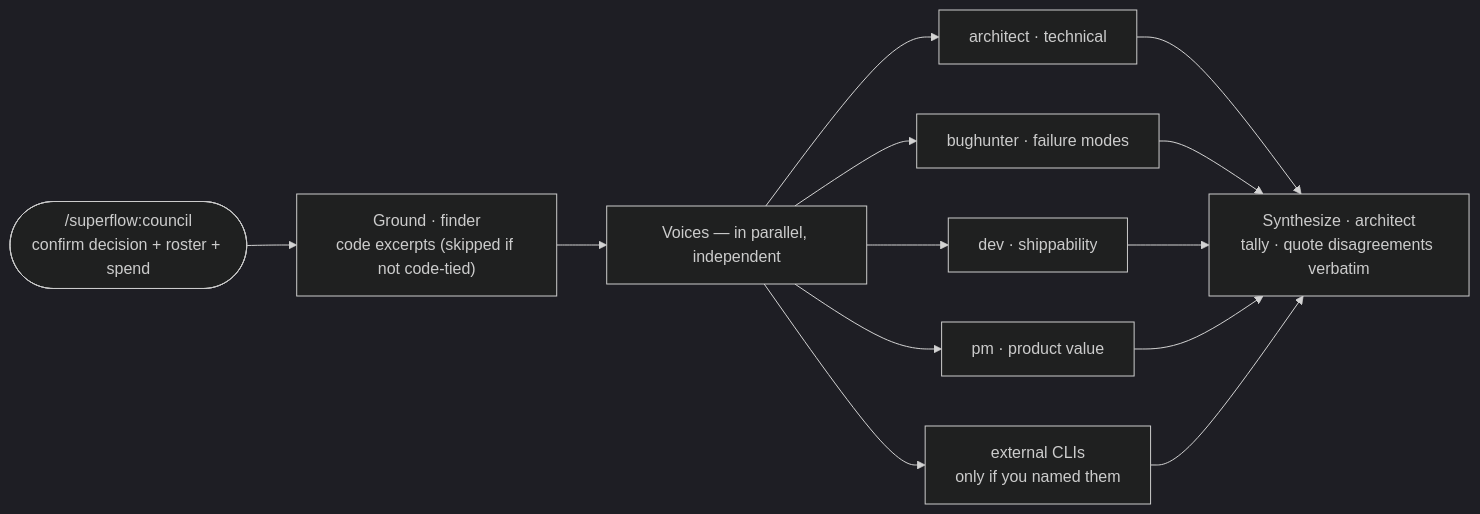
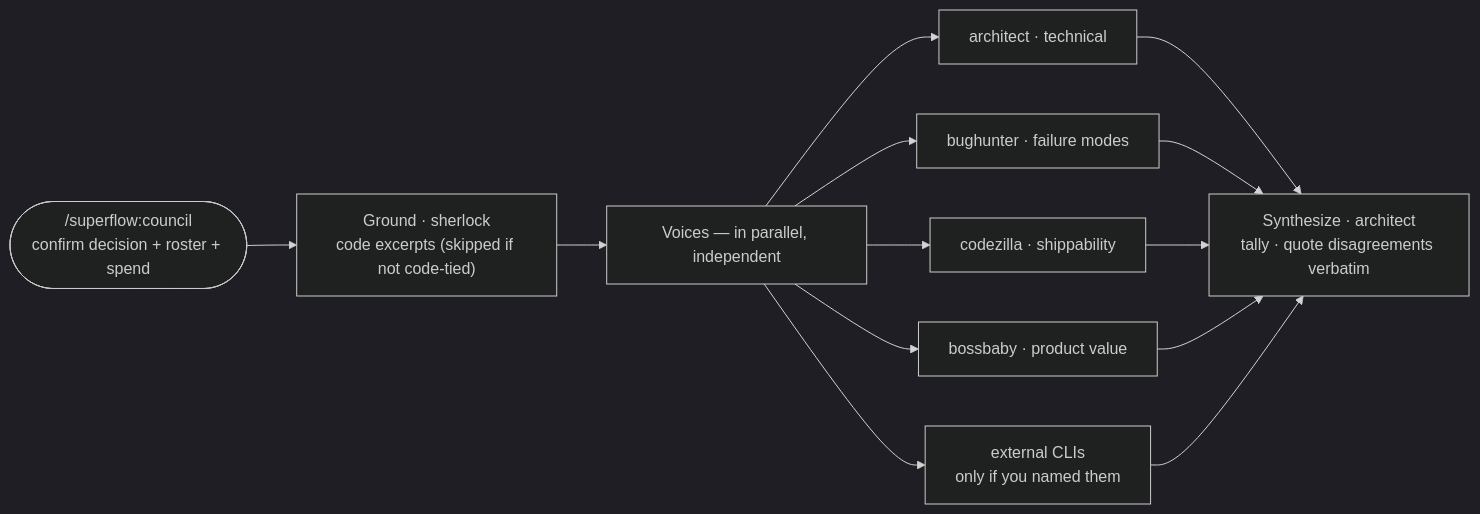
Before and after one commit to cashwanikumar/superflow: the sixth of 7 diagrams in docs/the-weave-and-the-specbook.md, drawn with Mermaid (dark theme). The commit also changed other lines of this file and 18 other files, not shown here.

First line of the commit message:
Rename dev/finder/pm personas to codezilla/sherlock/bossbaby (#2)

````diff
--- a/docs/the-weave-and-the-specbook.md
+++ b/docs/the-weave-and-the-specbook.md
@@ -160,15 +160,15 @@
 ```mermaid
 flowchart LR
-    S(["/superflow:council<br/>confirm decision + roster + spend"]) --> G["Ground · finder<br/>code excerpts (skipped if not code-tied)"]
+    S(["/superflow:council<br/>confirm decision + roster + spend"]) --> G["Ground · sherlock<br/>code excerpts (skipped if not code-tied)"]
     G --> V["Voices — in parallel, independent"]
     V --> A["architect · technical"]
     V --> B["bughunter · failure modes"]
-    V --> C["dev · shippability"]
-    V --> D["pm · product value"]
+    V --> C["codezilla · shippability"]
+    V --> D["bossbaby · product value"]
     V --> E["external CLIs<br/>only if you named them"]
     A --> SY["Synthesize · architect<br/>tally · quote disagreements verbatim"]
     B --> SY
     C --> SY
     D --> SY
     E --> SY
 ```
````
